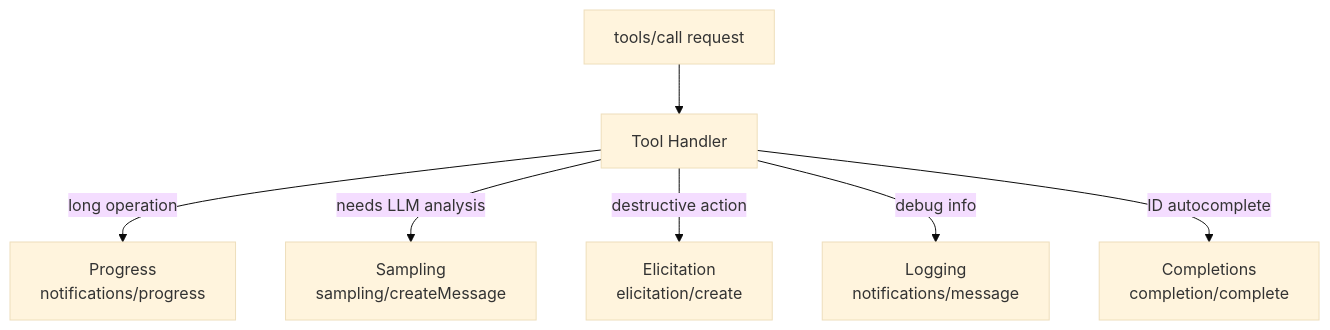
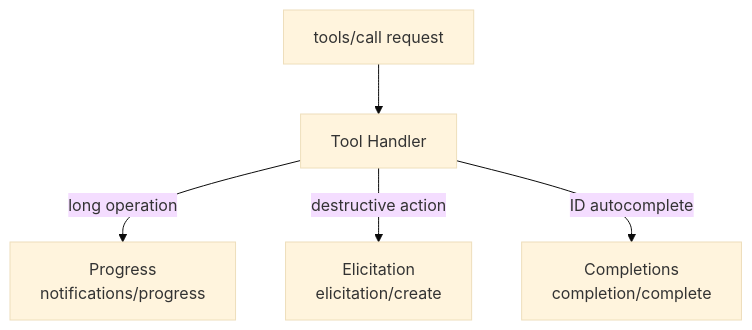
The ninth of 12 diagrams in docs/architecture.md (jmrplens/gitlab-mcp-server), drawn with Mermaid (base theme) before and after one commit. The commit also changed other lines of this file and 198 other files, not shown here.

````diff
--- a/docs/architecture.md
+++ b/docs/architecture.md
@@ -505,10 +492,8 @@
 ```mermaid
 graph TB
     CALL["tools/call request"] --> TOOL["Tool Handler"]
 
     TOOL -->|"long operation"| PROG["Progress<br/>notifications/progress"]
-    TOOL -->|"needs LLM analysis"| SAMP["Sampling<br/>sampling/createMessage"]
     TOOL -->|"destructive action"| ELIC["Elicitation<br/>elicitation/create"]
-    TOOL -->|"debug info"| LOG["Logging<br/>notifications/message"]
     TOOL -->|"ID autocomplete"| COMP["Completions<br/>completion/complete"]
 ```
````
